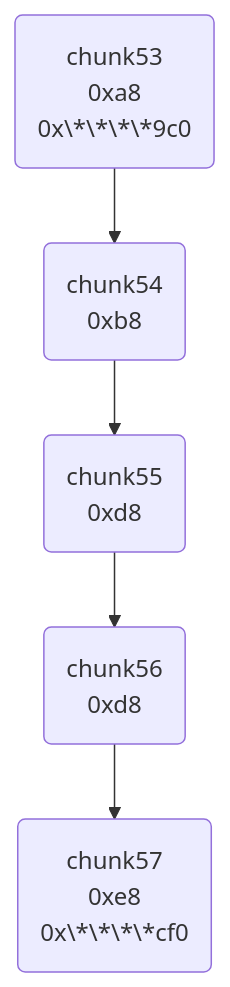
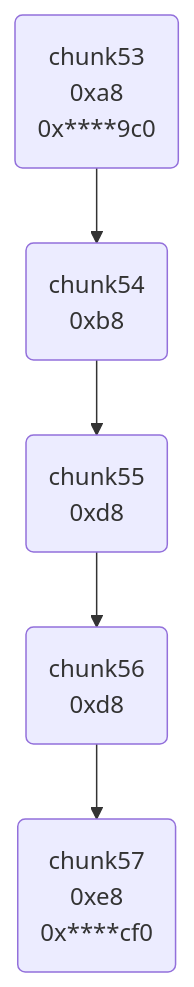
The first of 4 diagrams in docs/2026/20364.md (OpenDocCN1/kssd), drawn with Mermaid before and after one commit. The commit also changed other lines of this file and 41765 other files, not shown here.

````diff
--- a/docs/2026/20364.md
+++ b/docs/2026/20364.md
@@ -256,4 +344,4 @@
 ```mermaid
 graph TD;
-0(chunk53<br>0xa8<br>0x\*\*\*\*9c0)-->1(chunk54<br>0xb8)-->2(chunk55<br>0xd8)-->3(chunk56<br>0xd8)-->4(chunk57<br>0xe8<br>0x\*\*\*\*cf0)
+0(chunk53<br>0xa8<br>0x****9c0)-->1(chunk54<br>0xb8)-->2(chunk55<br>0xd8)-->3(chunk56<br>0xd8)-->4(chunk57<br>0xe8<br>0x****cf0)
 ```
````
